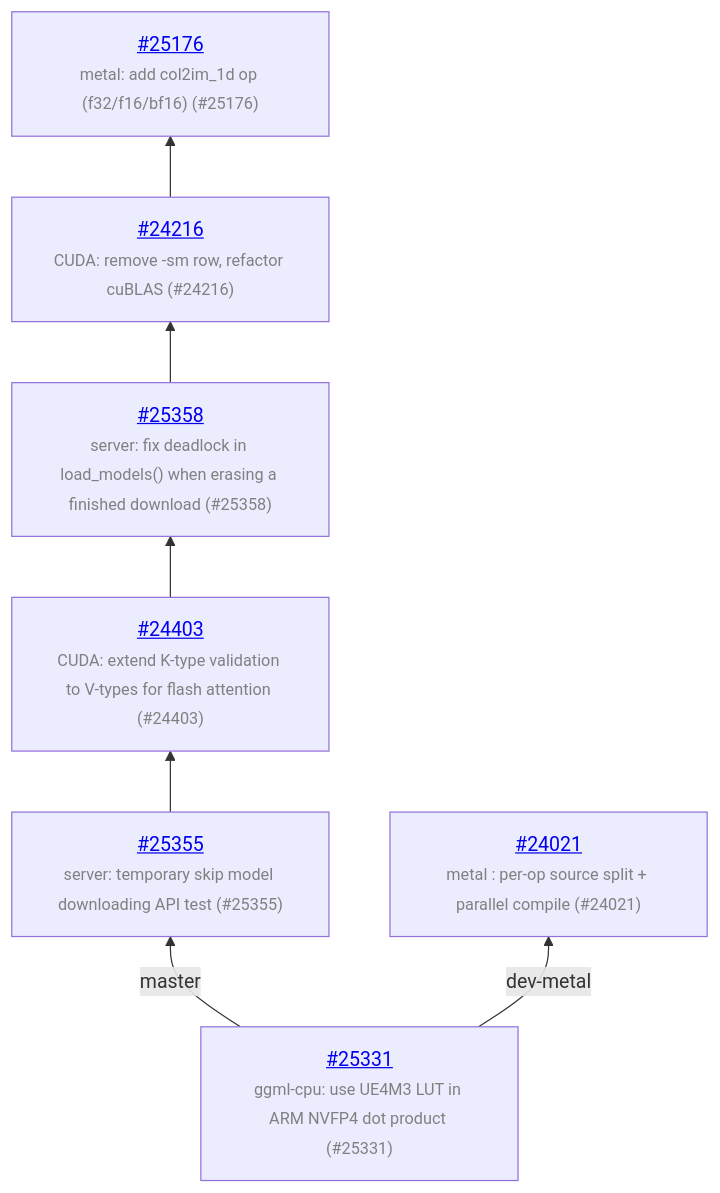
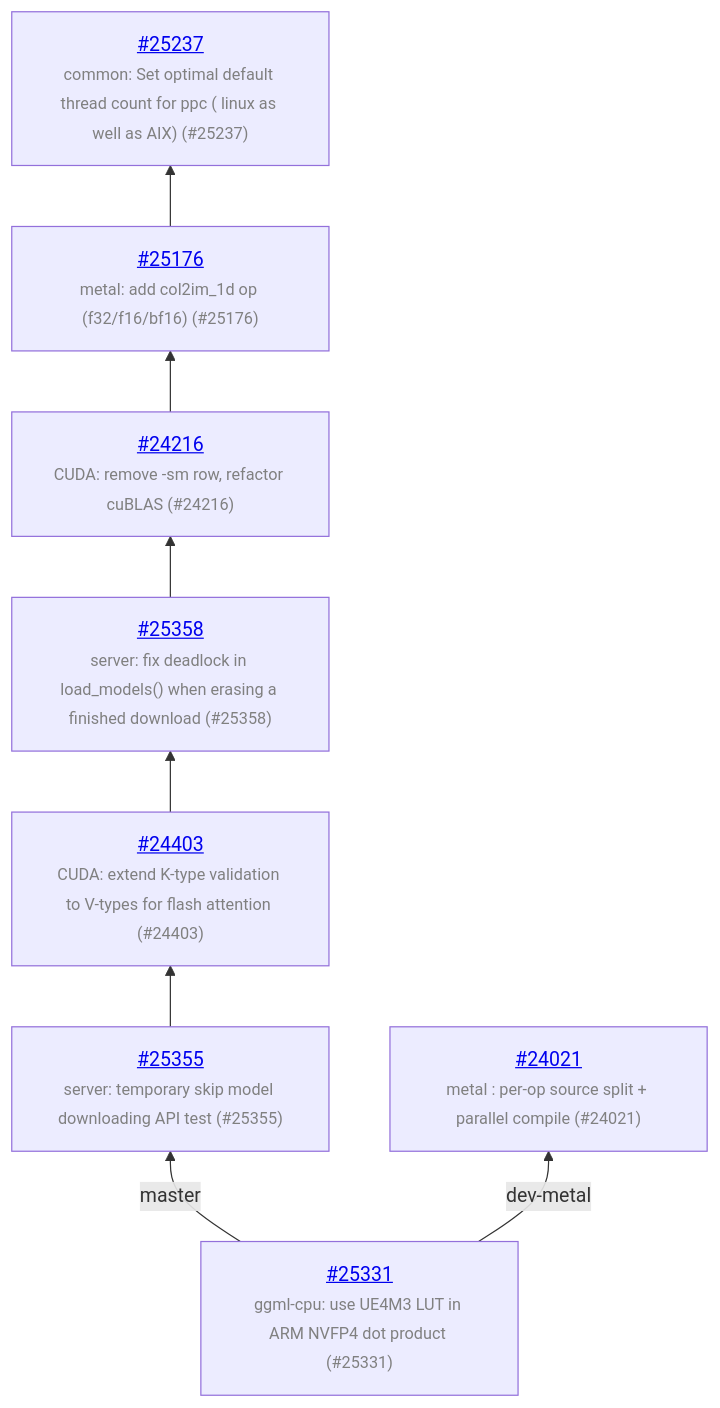
The diagram in README.md (ggml-org/llama.cpp-dev), drawn with Mermaid before and after one commit. The commit also changed other lines of this file and 1 other file, not shown here.

Commit message:
auto: update

````diff
--- a/README.md
+++ b/README.md
@@ -13,16 +13,18 @@
 ```mermaid
 graph BT
     COMMON["<a href='https://github.com/ggml-org/llama.cpp/pull/25331'>#25331</a><br/><span style='font-size:smaller;color:gray'>ggml-cpu: use UE4M3 LUT in ARM NVFP4 dot product (#25331)</span>"]
     COMMON -->|master| C_bfdf581
     C_bfdf581["<a href='https://github.com/ggml-org/llama.cpp/pull/25355'>#25355</a><br/><span style='font-size:smaller;color:gray'>server: temporary skip model downloading API test (#25355)</span>"]
     C_bfdf581 --> C_cb295bf
     C_cb295bf["<a href='https://github.com/ggml-org/llama.cpp/pull/24403'>#24403</a><br/><span style='font-size:smaller;color:gray'>CUDA: extend K-type validation to V-types for flash attention (#24403)</span>"]
     C_cb295bf --> C_9abce74
     C_9abce74["<a href='https://github.com/ggml-org/llama.cpp/pull/25358'>#25358</a><br/><span style='font-size:smaller;color:gray'>server: fix deadlock in load_models() when erasing a finished download (#25358)</span>"]
     C_9abce74 --> C_74976e1
     C_74976e1["<a href='https://github.com/ggml-org/llama.cpp/pull/24216'>#24216</a><br/><span style='font-size:smaller;color:gray'>CUDA: remove -sm row, refactor cuBLAS (#24216)</span>"]
     C_74976e1 --> C_f36e5c3
     C_f36e5c3["<a href='https://github.com/ggml-org/llama.cpp/pull/25176'>#25176</a><br/><span style='font-size:smaller;color:gray'>metal: add col2im_1d op (f32/f16/bf16) (#25176)</span>"]
+    C_f36e5c3 --> C_ee445f9
+    C_ee445f9["<a href='https://github.com/ggml-org/llama.cpp/pull/25237'>#25237</a><br/><span style='font-size:smaller;color:gray'>common: Set optimal default thread count for ppc ( linux as well as AIX) (#25237)</span>"]
     COMMON -->|dev-metal| C_437f21a
     C_437f21a["<a href='https://github.com/ggml-org/llama.cpp/pull/24021'>#24021</a><br/><span style='font-size:smaller;color:gray'>metal : per-op source split + parallel compile (#24021)</span>"]
 ```
````
